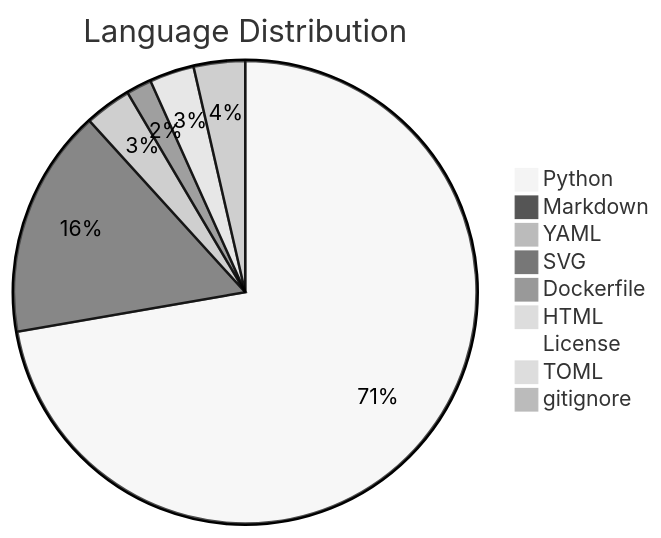
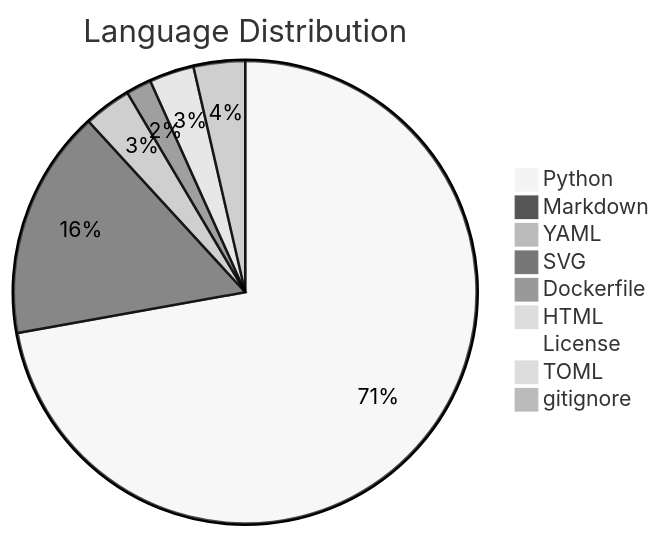
The first of 2 diagrams in .github/stats/Code Statistics.md (PyNetic/PyNetic), drawn with Mermaid (neutral theme) before and after one commit. The commit also changed other lines of this file, not shown here.

````diff
--- a/.github/stats/Code Statistics.md
+++ b/.github/stats/Code Statistics.md
@@ -6,12 +4,12 @@
 ```mermaid
 pie title Language Distribution
-    "Python" : 1551
+    "Python" : 1546
     "Markdown" : 343
-    "YAML" : 70
+    "YAML" : 71
     "SVG" : 38
     "Dockerfile" : 8
     "HTML" : 13
     "License" : 17
     "TOML" : 67
     "gitignore" : 77
 ```
````
